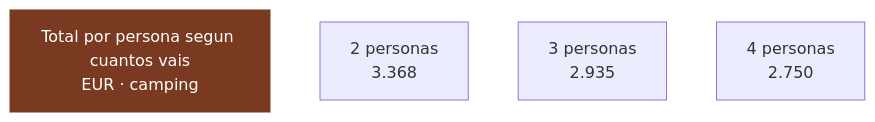
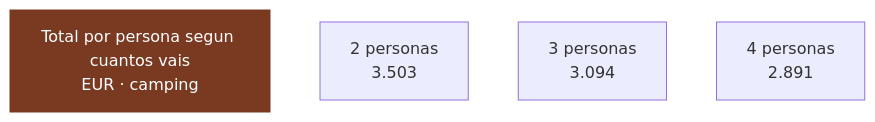
Before and after one commit to morandeirachema/namibia: the eighth of 8 diagrams in 02-presupuesto.md, drawn with Mermaid. The commit also changed other lines of this file and 13 other files, not shown here.

````diff
--- a/02-presupuesto.md
+++ b/02-presupuesto.md
@@ -553,11 +582,11 @@
 ```mermaid
 flowchart LR
     T["Total por persona segun cuantos vais<br/>EUR · camping"]
-    n0["2 personas<br/>3.368"]
-    n1["3 personas<br/>2.935"]
-    n2["4 personas<br/>2.750"]
+    n0["2 personas<br/>3.503"]
+    n1["3 personas<br/>3.094"]
+    n2["4 personas<br/>2.891"]
     T ~~~ n0
     n0 ~~~ n1
     n1 ~~~ n2
     style T fill:#7a3a22,color:#fff,stroke:#7a3a22
 ```
````
